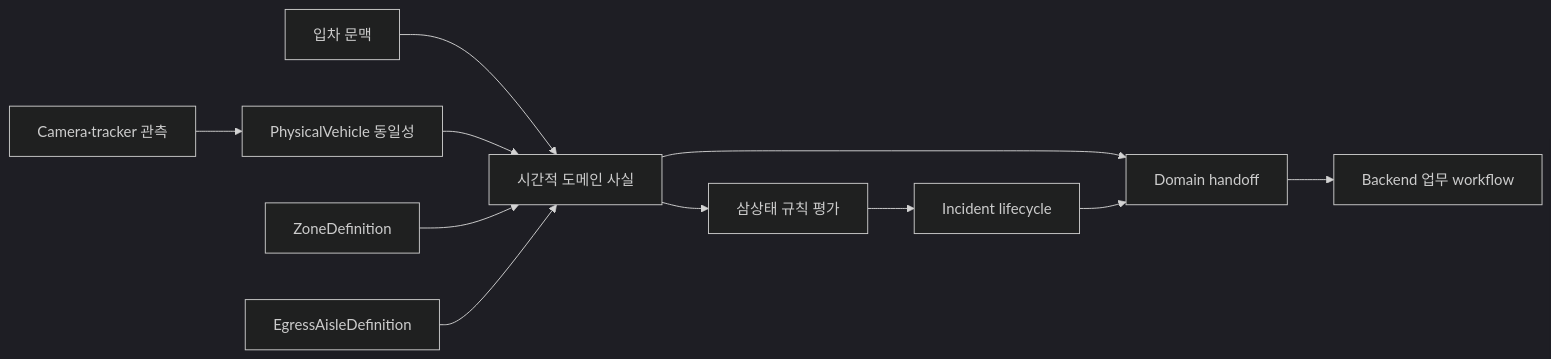
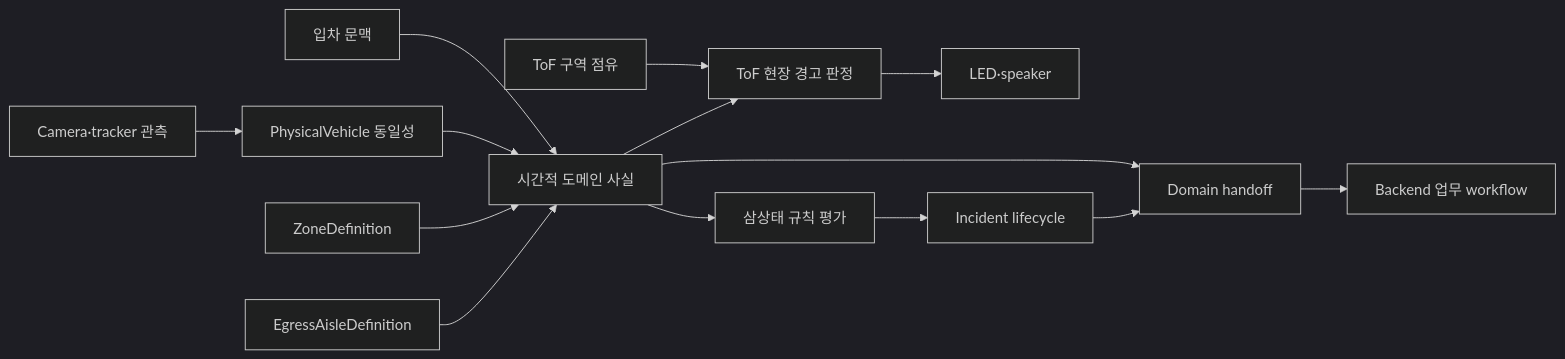
The diagram in docs/architecture/jetson/01-domain-purpose-and-output-contract.md (nias0ng/juchabaro), drawn with Mermaid (dark theme) before and after one commit. The commit also changed other lines of this file and 6 other files, not shown here.

````diff
--- a/docs/architecture/jetson/01-domain-purpose-and-output-contract.md
+++ b/docs/architecture/jetson/01-domain-purpose-and-output-contract.md
@@ -24,13 +28,16 @@
 ```mermaid
 flowchart LR
     OBS["Camera·tracker 관측"] --> ID["PhysicalVehicle 동일성"]
+    TOF["ToF 구역 점유"] --> LOCAL["ToF 현장 경고 판정"]
     ENTRY["입차 문맥"] --> FACT["시간적 도메인 사실"]
     ID --> FACT
     ZONE["ZoneDefinition"] --> FACT
     EGRESS["EgressAisleDefinition"] --> FACT
+    FACT --> LOCAL
+    LOCAL --> ACT["LED·speaker"]
     FACT --> RULE["삼상태 규칙 평가"]
     RULE --> INCIDENT["Incident lifecycle"]
     FACT --> OUTPUT["Domain handoff"]
     INCIDENT --> OUTPUT
     OUTPUT --> WORKFLOW["Backend 업무 workflow"]
 ```
````
